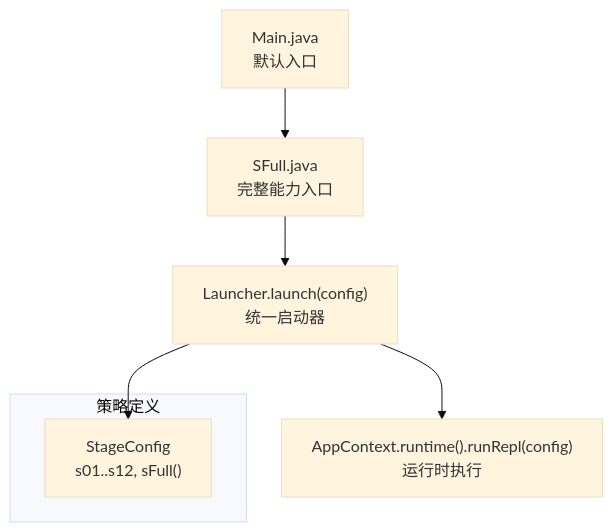
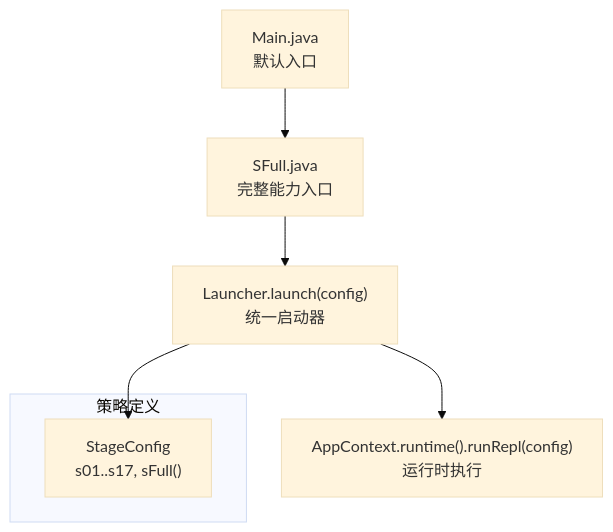
One commit to chenlds1994/learn-claude-code-java changed the first of 7 diagrams in .qoder/repowiki/zh/content/架构设计/设计模式应用/策略模式应用.md. Above: the diagram before and after it, drawn with Mermaid (base theme). The commit also changed other lines of this file and 143 other files, not shown here.

First line of the commit message:
更新 repowiki 与 drawio 教程图至 17 阶段结构

````diff
--- a/.qoder/repowiki/zh/content/架构设计/设计模式应用/策略模式应用.md
+++ b/.qoder/repowiki/zh/content/架构设计/设计模式应用/策略模式应用.md
@@ -51,10 +52,10 @@
 ```mermaid
 graph TB
 A["Main.java<br/>默认入口"] --> B["SFull.java<br/>完整能力入口"]
 B --> C["Launcher.launch(config)<br/>统一启动器"]
 C --> D["AppContext.runtime().runRepl(config)<br/>运行时执行"]
 subgraph "策略定义"
-E["StageConfig<br/>s01..s12, sFull()"]
+E["StageConfig<br/>s01..s17, sFull()"]
 end
 C --> E
 ```
````
